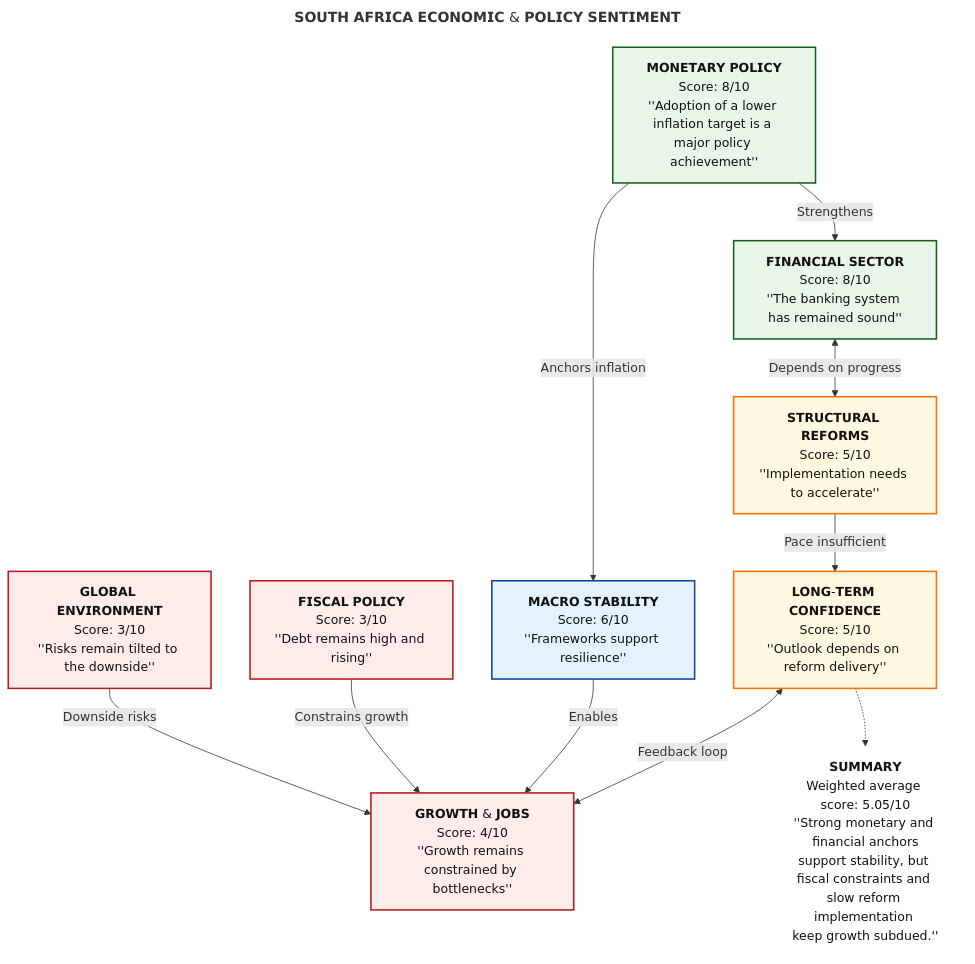
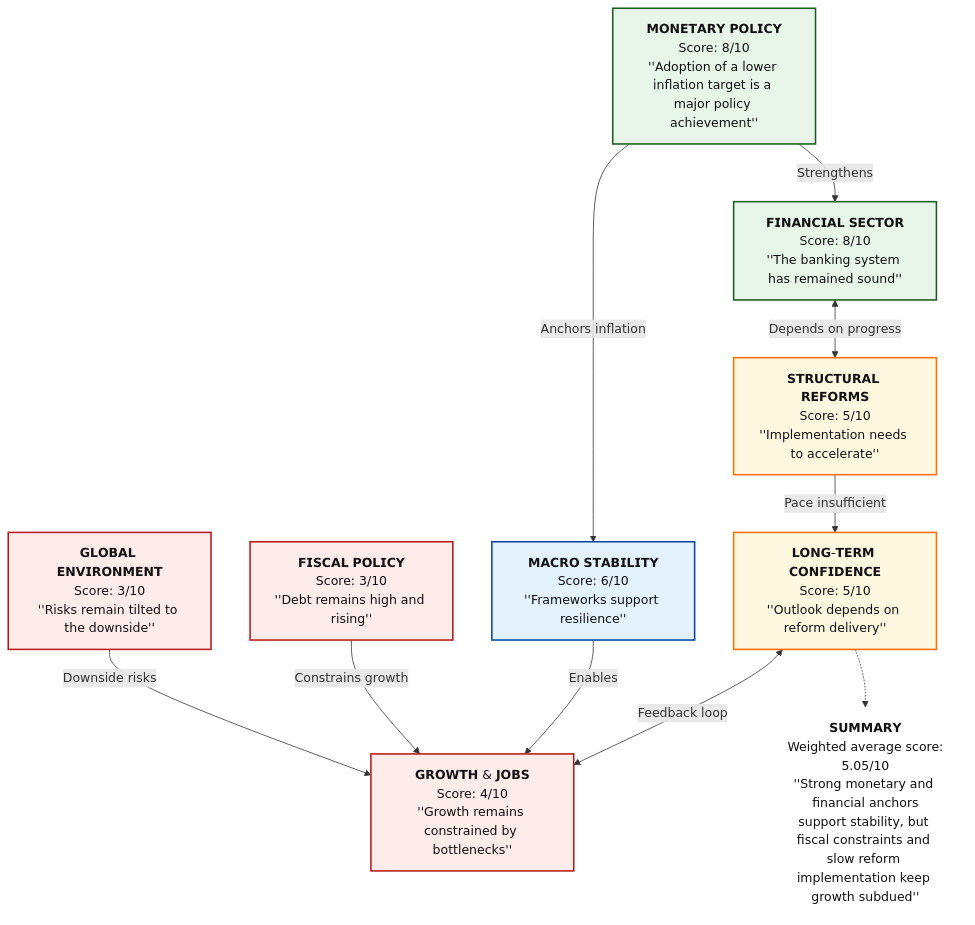
One commit to Tellusant/docs changed the first of 2 diagrams in articles-posts/economic-sentiment-zaf.md. Above: the diagram before and after it, drawn with Mermaid. The commit also changed other lines of this file, not shown here.

```diff
--- a/articles-posts/economic-sentiment-zaf.md
+++ b/articles-posts/economic-sentiment-zaf.md
@@ -26,42 +30,41 @@
 <div class="mermaid">
----
-title: 𝗦𝗢𝗨𝗧𝗛 𝗔𝗙𝗥𝗜𝗖𝗔 𝗘𝗖𝗢𝗡𝗢𝗠𝗜𝗖 & 𝗣𝗢𝗟𝗜𝗖𝗬 𝗦𝗘𝗡𝗧𝗜𝗠𝗘𝗡𝗧
----
+
 flowchart TD
 
 %% ========= NODES =========
-GE["𝗚𝗟𝗢𝗕𝗔𝗟 𝗘𝗡𝗩𝗜𝗥𝗢𝗡𝗠𝗘𝗡𝗧\nScore: 3/10\n''Risks remain tilted to the downside''"]:::risk
-FP["𝗙𝗜𝗦𝗖𝗔𝗟 𝗣𝗢𝗟𝗜𝗖𝗬\nScore: 3/10\n''Debt remains high and rising''"]:::risk
-GJ["𝗚𝗥𝗢𝗪𝗧𝗛 & 𝗝𝗢𝗕𝗦\nScore: 4/10\n''Growth remains constrained by bottlenecks''"]:::risk
-MP["𝗠𝗢𝗡𝗘𝗧𝗔𝗥𝗬 𝗣𝗢𝗟𝗜𝗖𝗬\nScore: 8/10\n''Adoption of a lower inflation target is a major policy achievement''"]:::strong
-MS["𝗠𝗔𝗖𝗥𝗢 𝗦𝗧𝗔𝗕𝗜𝗟𝗜𝗧𝗬\nScore: 6/10\n''Frameworks support resilience''"]:::neutral
-FS["𝗙𝗜𝗡𝗔𝗡𝗖𝗜𝗔𝗟 𝗦𝗘𝗖𝗧𝗢𝗥\nScore: 8/10\n''The banking system has remained sound''"]:::strong
-SR["𝗦𝗧𝗥𝗨𝗖𝗧𝗨𝗥𝗔𝗟 𝗥𝗘𝗙𝗢𝗥𝗠𝗦\nScore: 5/10\n''Implementation needs to accelerate''"]:::mixed
-LC["𝗟𝗢𝗡𝗚-𝗧𝗘𝗥𝗠 𝗖𝗢𝗡𝗙𝗜𝗗𝗘𝗡𝗖𝗘\nScore: 5/10\n''Outlook depends on reform delivery''"]:::mixed
+GE["𝗚𝗟𝗢𝗕𝗔𝗟 𝗘𝗡𝗩𝗜𝗥𝗢𝗡𝗠𝗘𝗡𝗧<br/>Score: 3/10<br/>''Risks remain tilted to the downside''"]:::risk
+FP["𝗙𝗜𝗦𝗖𝗔𝗟 𝗣𝗢𝗟𝗜𝗖𝗬<br/>Score: 3/10<br/>''Debt remains high and rising''"]:::risk
+GJ["𝗚𝗥𝗢𝗪𝗧𝗛 & 𝗝𝗢𝗕𝗦<br/>Score: 4/10<br/>''Growth remains constrained by bottlenecks''"]:::risk
+MP["𝗠𝗢𝗡𝗘𝗧𝗔𝗥𝗬 𝗣𝗢𝗟𝗜𝗖𝗬<br/>Score: 8/10<br/>''Adoption of a lower inflation target is a major policy achievement''"]:::strong
+MS["𝗠𝗔𝗖𝗥𝗢 𝗦𝗧𝗔𝗕𝗜𝗟𝗜𝗧𝗬<br/>Score: 6/10<br/>''Frameworks support resilience''"]:::neutral
+FS["𝗙𝗜𝗡𝗔𝗡𝗖𝗜𝗔𝗟 𝗦𝗘𝗖𝗧𝗢𝗥<br/>Score: 8/10<br/>''The banking system has remained sound''"]:::strong
+SR["𝗦𝗧𝗥𝗨𝗖𝗧𝗨𝗥𝗔𝗟 𝗥𝗘𝗙𝗢𝗥𝗠𝗦<br/>Score: 5/10<br/>''Implementation needs to accelerate''"]:::mixed
+LC["𝗟𝗢𝗡𝗚-𝗧𝗘𝗥𝗠 𝗖𝗢𝗡𝗙𝗜𝗗𝗘𝗡𝗖𝗘<br/>Score: 5/10<br/>''Outlook depends on reform delivery''"]:::mixed
 
 %% ========= RELATIONSHIPS =========
 GE -->|Downside risks| GJ
 FP -->|Constrains growth| GJ
 MP -->|Anchors inflation| MS
 MS -->|Enables| GJ
 MP -->|Strengthens| FS
 FS <-->|Depends on progress| SR
 SR -->|Pace insufficient| LC
 LC <-->|Feedback loop| GJ
 
 %% ========= INVISIBLE LAYOUT CONTROL =========
 ANCHOR[" "]:::anchor
 
 %% ========= SUMMARY (FORCED BELOW, NO VISIBLE ARROWS) =========
-SUM["𝗦𝗨𝗠𝗠𝗔𝗥𝗬\nWeighted average score: 5.05/10\n''Strong monetary and financial anchors\nsupport stability, but fiscal constraints and \nslow reform implementation \nkeep growth subdued.''"]:::summary
+SUM["𝗦𝗨𝗠𝗠𝗔𝗥𝗬<br/>Weighted average score:<br/>5.05/10<br/>''Strong monetary and financial anchors
+support stability, but fiscal constraints and slow reform implementation keep growth subdued''"]:::summary
 LC -.-> SUM:::anchor
 
 %% ========= STYLES =========
 classDef strong  fill:#E8F5E9,stroke:#1B5E20,stroke-width:2px,color:#111;
 classDef neutral fill:#E3F2FD,stroke:#0D47A1,stroke-width:2px,color:#111;
 classDef mixed   fill:#FFF8E1,stroke:#FF6F00,stroke-width:2px,color:#111;
 classDef risk    fill:#FDECEA,stroke:#B71C1C,stroke-width:2px,color:#111;
 classDef summary fill:#F5F5F5,stroke:#424242,stroke-width:2px,color:#111;
 classDef anchor fill:transparent,stroke:transparent;
 
 </div>
```
